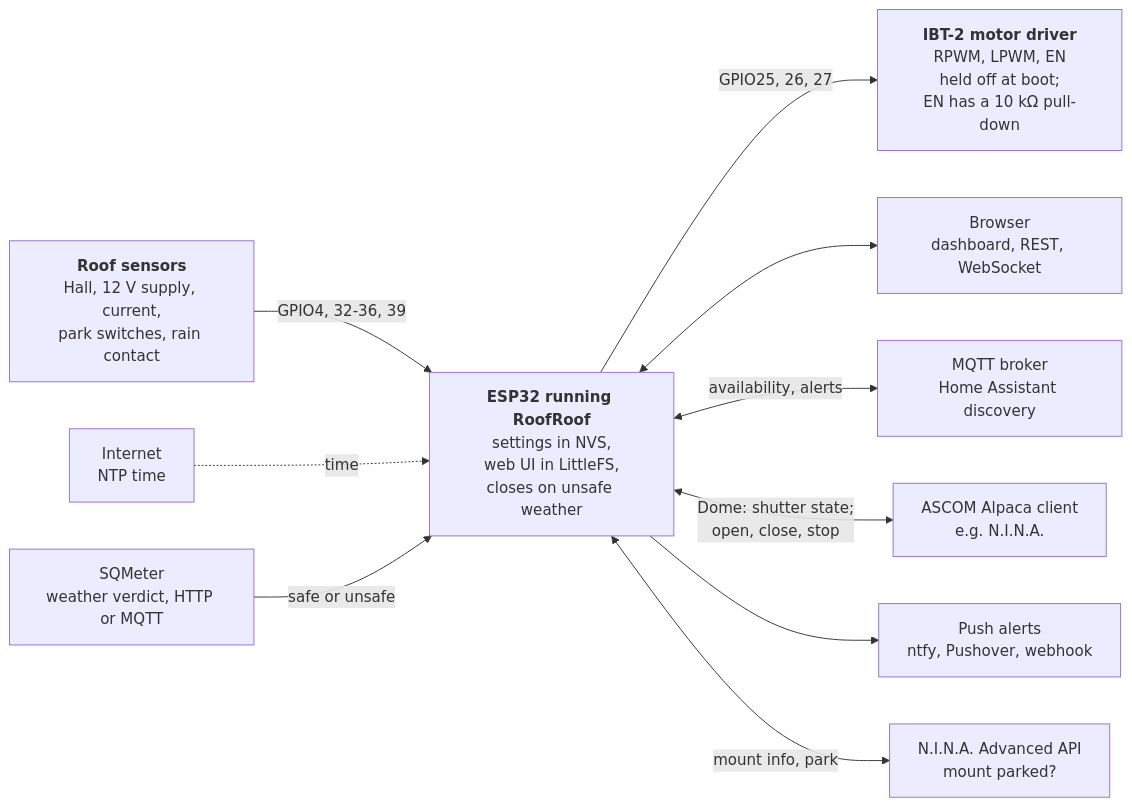
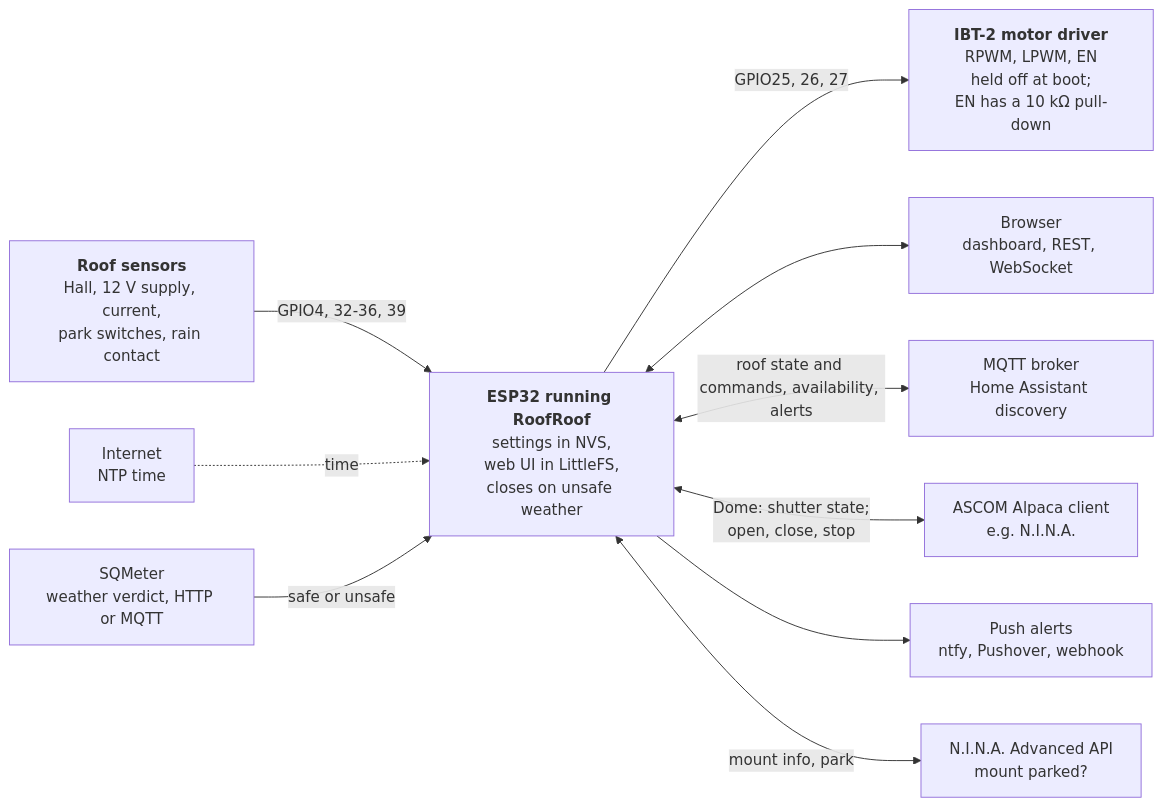
Before and after one commit to DeanJ87/RoofRoof: the diagram in docs/index.md, drawn with Mermaid. The commit also changed other lines of this file and 26 other files, not shown here.

Commit message:
008: docs, registries, schemas, OpenAPI, flash baseline after the rebase onto 010

````diff
--- a/docs/index.md
+++ b/docs/index.md
@@ -29,24 +29,24 @@
 ```mermaid
 flowchart LR
     accTitle: What RoofRoof connects to
-    accDescr: The ESP32 holds the motor driver's pins low from boot and drives it on a person's or an imaging app's command or to close the roof when the weather turns unsafe, reads the roof's Hall, supply, current, park and rain inputs, keeps its settings and web UI on the device, serves a dashboard and APIs to browsers, publishes to an MQTT broker, serves the roof as an ASCOM Alpaca Dome to clients such as N.I.N.A., and sends alerts to push services. It reads the weather verdict from SQMeter and the mount's park state from N.I.N.A.'s Advanced API. It gets time from the internet by NTP.
+    accDescr: The ESP32 holds the motor driver's pins low from boot and drives it on a person's, an imaging app's or (when switched on) an MQTT command, or to close the roof when the weather turns unsafe, reads the roof's Hall, supply, current, park and rain inputs, keeps its settings and web UI on the device, serves a dashboard and APIs to browsers, publishes the roof's state to an MQTT broker and takes its commands when switched on, serves the roof as an ASCOM Alpaca Dome to clients such as N.I.N.A., and sends alerts to push services. It reads the weather verdict from SQMeter and the mount's park state from N.I.N.A.'s Advanced API. It gets time from the internet by NTP.
     DRIVER["<b>IBT-2 motor driver</b><br/>RPWM, LPWM, EN<br/>held off at boot;<br/>EN has a 10 kΩ pull-down"]
     SENSE["<b>Roof sensors</b><br/>Hall, 12 V supply, current,<br/>park switches, rain contact"]
     ESP["<b>ESP32 running RoofRoof</b><br/>settings in NVS,<br/>web UI in LittleFS,<br/>closes on unsafe weather"]
     WEB["Browser<br/>dashboard, REST, WebSocket"]
     MQTT["MQTT broker<br/>Home Assistant discovery"]
     ALPACA["ASCOM Alpaca client<br/>e.g. N.I.N.A."]
     PUSH["Push alerts<br/>ntfy, Pushover, webhook"]
     NET["Internet<br/>NTP time"]
     SQM["SQMeter<br/>weather verdict, HTTP or MQTT"]
     NAPI["N.I.N.A. Advanced API<br/>mount parked?"]
     ESP -->|"GPIO25, 26, 27"| DRIVER
     SENSE -->|"GPIO4, 32-36, 39"| ESP
     NET -.->|time| ESP
     ESP <--> WEB
-    ESP <-->|availability, alerts| MQTT
+    ESP <-->|roof state and commands, availability, alerts| MQTT
     ESP <-->|Dome: shutter state;<br/>open, close, stop| ALPACA
     ESP --> PUSH
     SQM -->|safe or unsafe| ESP
     ESP <-->|mount info, park| NAPI
 ```
````
